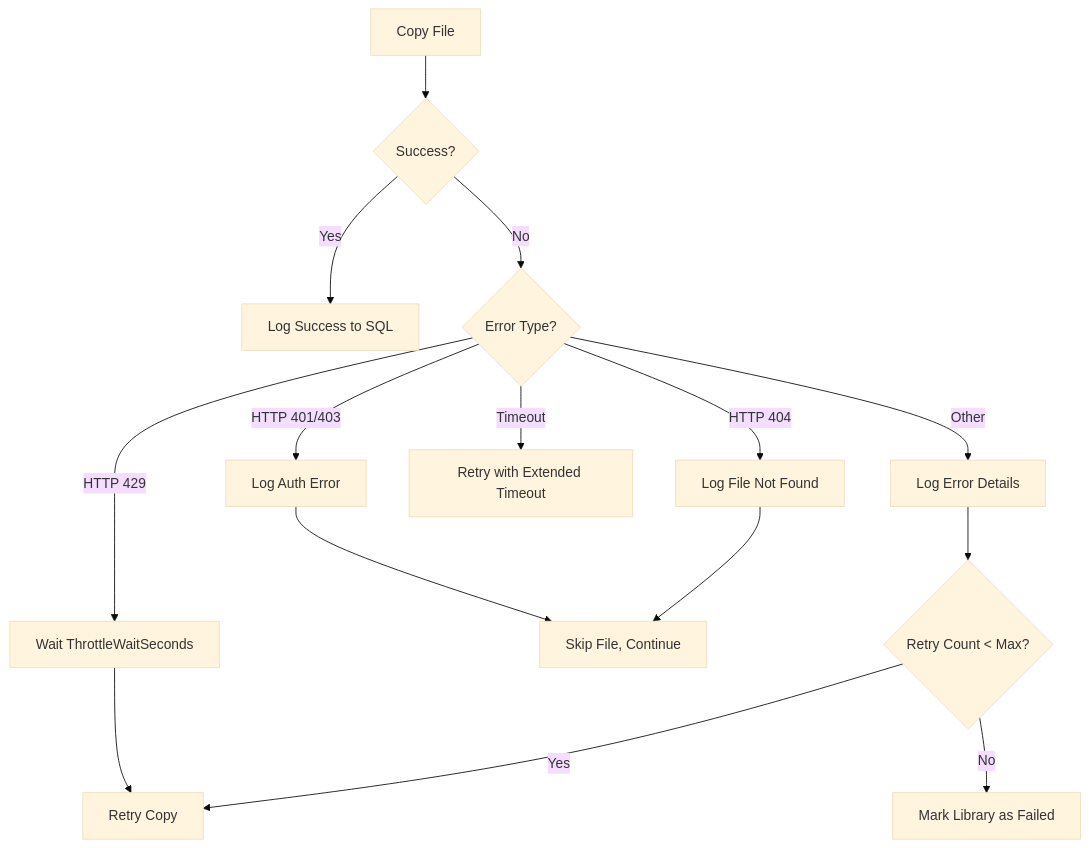
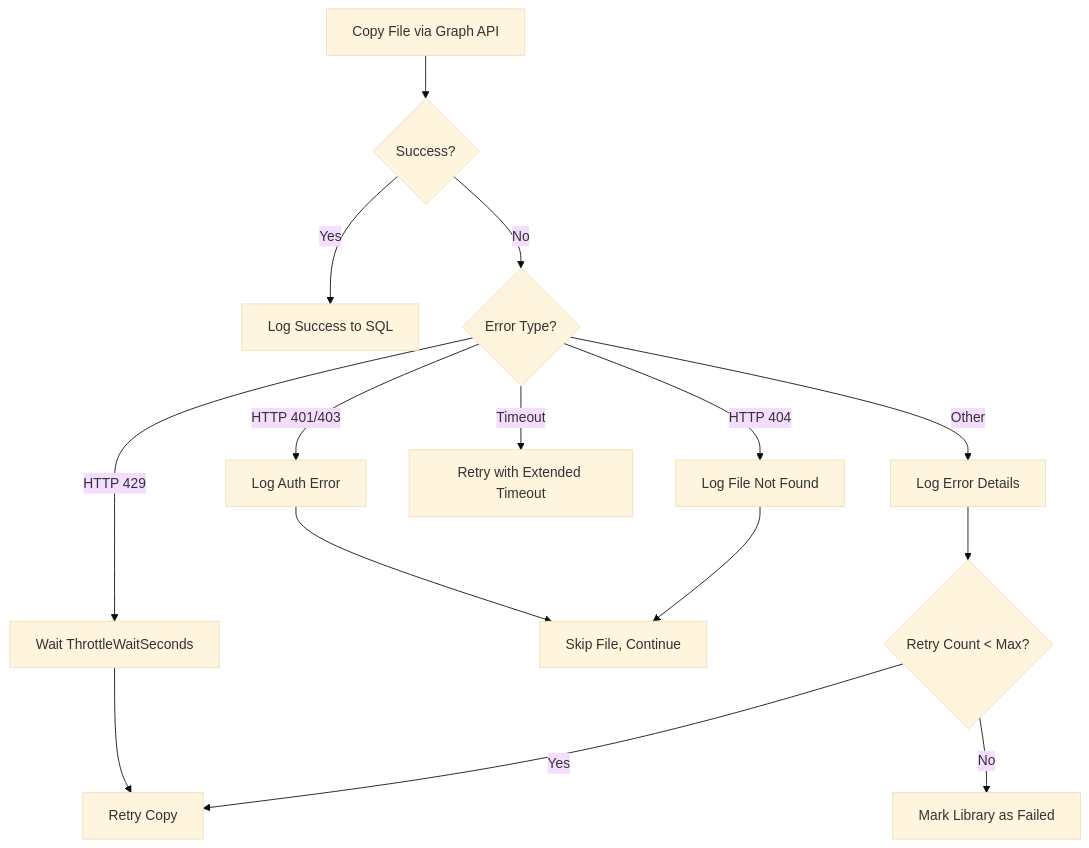
The fourth of 4 diagrams in hydro-one-sharepoint-migration-poc/docs/pipeline-documentation.md (anurag251294/desktop-tutorial), drawn with Mermaid (base theme) before and after one commit. The commit also changed other lines of this file and 2 other files, not shown here.

````diff
--- a/hydro-one-sharepoint-migration-poc/docs/pipeline-documentation.md
+++ b/hydro-one-sharepoint-migration-poc/docs/pipeline-documentation.md
@@ -829,17 +1028,17 @@
 ```mermaid
 flowchart TD
-    A[Copy File] --> B{Success?}
+    A[Copy File via Graph API] --> B{Success?}
     B -->|Yes| C[Log Success to SQL]
     B -->|No| D{Error Type?}
     D -->|HTTP 429| E[Wait ThrottleWaitSeconds]
     E --> F[Retry Copy]
     D -->|HTTP 401/403| G[Log Auth Error]
     G --> H[Skip File, Continue]
     D -->|HTTP 404| I[Log File Not Found]
     I --> H
     D -->|Timeout| J[Retry with Extended Timeout]
     D -->|Other| K[Log Error Details]
     K --> L{Retry Count < Max?}
     L -->|Yes| F
     L -->|No| M[Mark Library as Failed]
 ```
````
